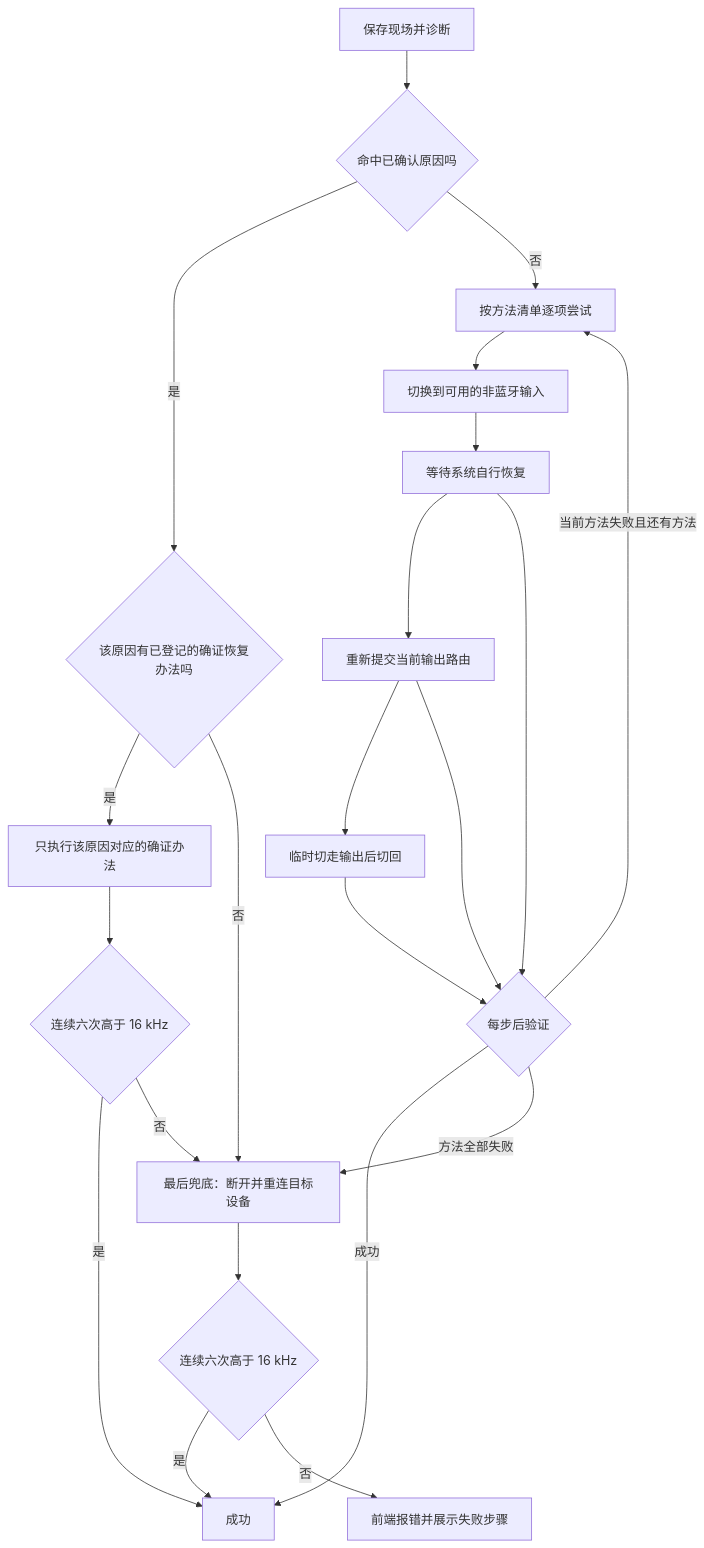
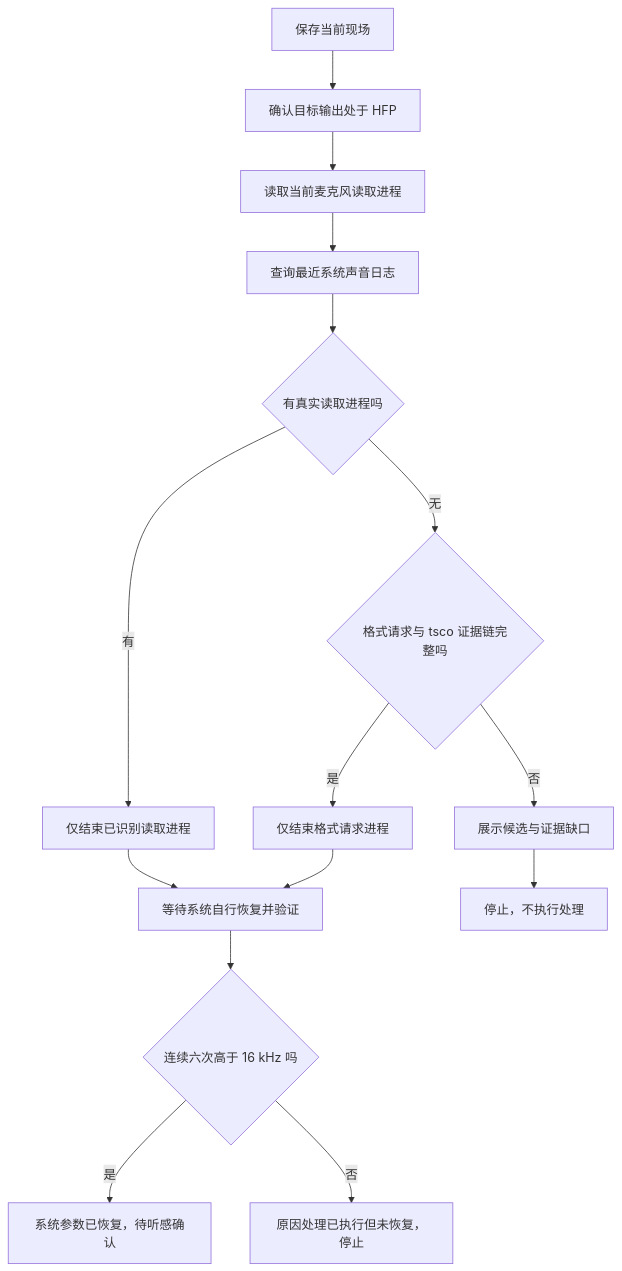
Before and after one commit to andy-JustSayWhen/fix-Bluetooth-earphone-audio-problem: the diagram in reference/SPEC/如何一键恢复A2DP模式.md, drawn with Mermaid. The commit also changed other lines of this file and 13 other files, not shown here.

````diff
--- a/reference/SPEC/如何一键恢复A2DP模式.md
+++ b/reference/SPEC/如何一键恢复A2DP模式.md
@@ -72,24 +101,17 @@
 ```mermaid
 flowchart TD
-    A[保存现场并诊断] --> B{命中已确认原因吗}
-    B -- 是 --> C{该原因有已登记的确证恢复办法吗}
-    C -- 是 --> D[只执行该原因对应的确证办法]
-    D --> E{连续六次高于 16 kHz}
-    E -- 是 --> Z[成功]
-    E -- 否 --> R[最后兜底：断开并重连目标设备]
-    C -- 否 --> R
-    B -- 否 --> F[按方法清单逐项尝试]
-    F --> G[切换到可用的非蓝牙输入]
-    G --> H[等待系统自行恢复]
-    H --> I[重新提交当前输出路由]
-    I --> J[临时切走输出后切回]
-    H --> Q{每步后验证}
-    I --> Q
-    J --> Q
-    Q -- 成功 --> Z
-    Q -- 当前方法失败且还有方法 --> F
-    Q -- 方法全部失败 --> R
-    R --> S{连续六次高于 16 kHz}
-    S -- 是 --> Z
-    S -- 否 --> X[前端报错并展示失败步骤]
+    A[保存当前现场] --> B[确认目标输出处于 HFP]
+    B --> C[读取当前麦克风读取进程]
+    C --> D[查询最近系统声音日志]
+    D --> E{有真实读取进程吗}
+    E -- 有 --> F[仅结束已识别读取进程]
+    E -- 无 --> G{格式请求与 tsco 证据链完整吗}
+    G -- 是 --> H[仅结束格式请求进程]
+    G -- 否 --> I[展示候选与证据缺口]
+    F --> J[等待系统自行恢复并验证]
+    H --> J
+    I --> K[停止，不执行处理]
+    J --> L{连续六次高于 16 kHz 吗}
+    L -- 是 --> M[系统参数已恢复，待听感确认]
+    L -- 否 --> N[原因处理已执行但未恢复，停止]
 ```
````
